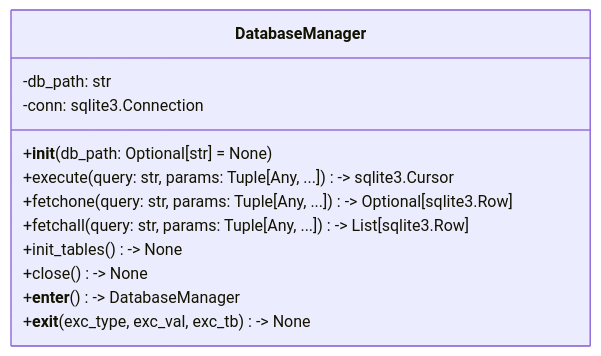
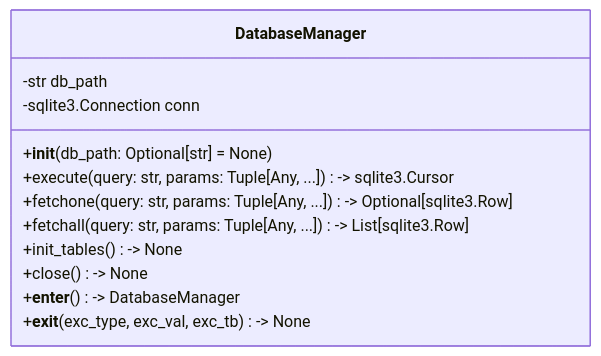
One commit to SeanAdams10/AITypingTrainer changed the sixth of 7 diagrams in Prompts/AllUML.md. Above: the diagram before and after it, drawn with Mermaid. The commit also changed other lines of this file and 22 other files, not shown here.

````diff
--- a/Prompts/AllUML.md
+++ b/Prompts/AllUML.md
@@ -160,15 +159,15 @@
 ```mermaid
 classDiagram
     class DatabaseManager {
-        -db_path: str
-        -conn: sqlite3.Connection
+        -str db_path
+        -sqlite3.Connection conn
         +__init__(db_path: Optional[str] = None)
         +execute(query: str, params: Tuple[Any, ...]) -> sqlite3.Cursor
         +fetchone(query: str, params: Tuple[Any, ...]) -> Optional[sqlite3.Row]
         +fetchall(query: str, params: Tuple[Any, ...]) -> List[sqlite3.Row]
         +init_tables() -> None
         +close() -> None
         +__enter__() -> DatabaseManager
         +__exit__(exc_type, exc_val, exc_tb) -> None
     }
 ```
````
